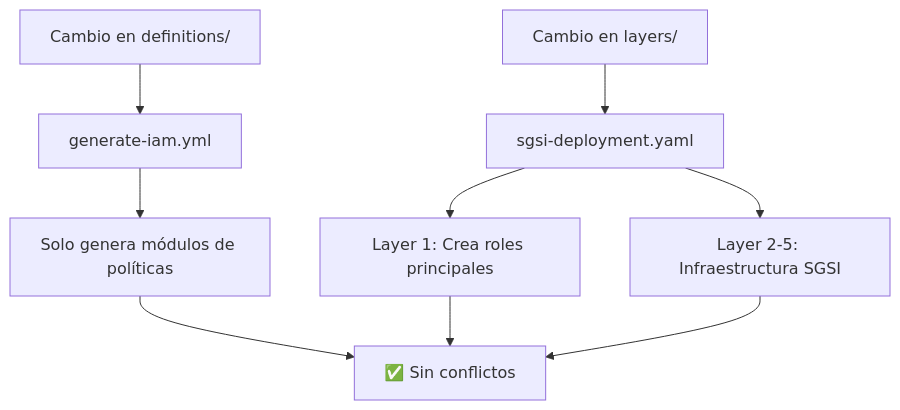
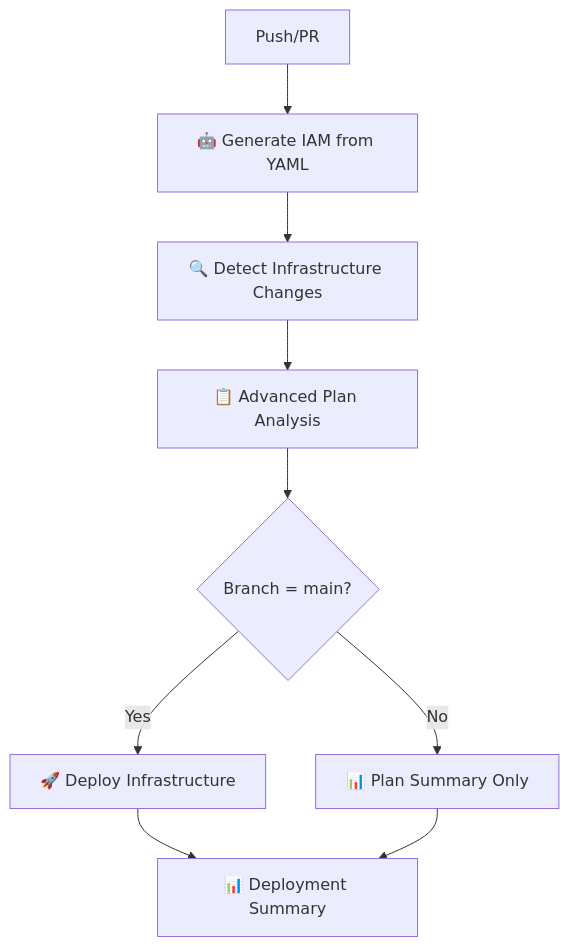
One commit to DarwinR22/aws-iam-roles changed the diagram in .github/workflows/README.md. Above: the diagram before and after it, drawn with Mermaid. The commit also changed other lines of this file and 5 other files, not shown here.

````diff
--- a/.github/workflows/README.md
+++ b/.github/workflows/README.md
@@ -56,13 +20,11 @@
 ```mermaid
 graph TD
-    A[Cambio en definitions/] --> B[generate-iam.yml]
-    B --> C[Solo genera módulos de políticas]
-    
-    D[Cambio en layers/] --> E[sgsi-deployment.yaml]
-    E --> F[Layer 1: Crea roles principales]
-    E --> G[Layer 2-5: Infraestructura SGSI]
-    
-    C --> H[✅ Sin conflictos]
-    F --> H
+    A[Push/PR] --> B[🤖 Generate IAM from YAML]
+    B --> C[🔍 Detect Infrastructure Changes]
+    C --> D[📋 Advanced Plan Analysis]
+    D --> E{Branch = main?}
+    E -->|Yes| F[🚀 Deploy Infrastructure]
+    E -->|No| G[📊 Plan Summary Only]
+    F --> H[📊 Deployment Summary]
     G --> H
 ```
````
